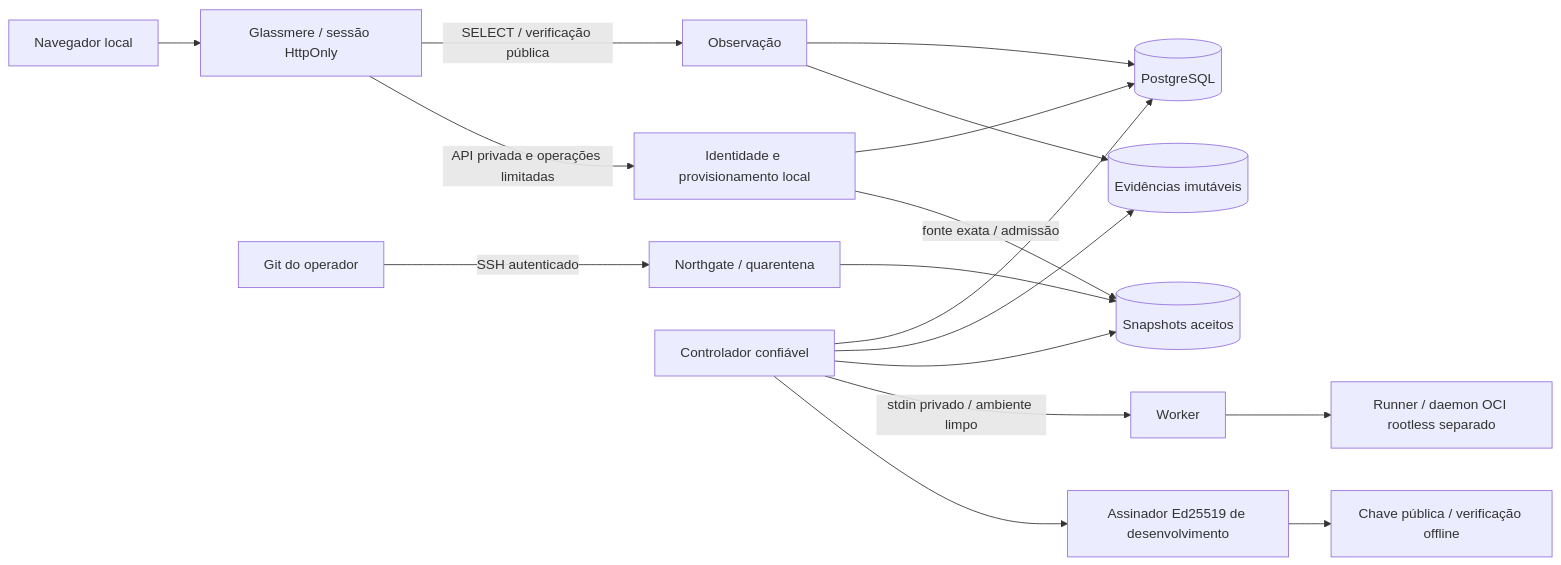
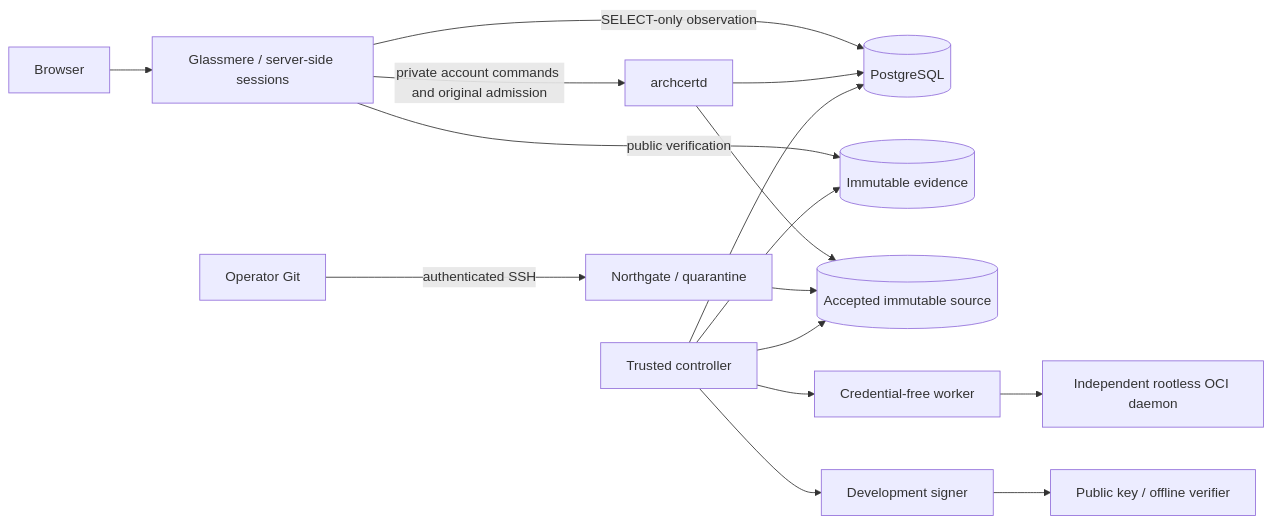
One commit to cainhooow/pv-archcert changed the diagram in README.md. Above: the diagram before and after it, drawn with Mermaid. The commit also changed other lines of this file and 35 other files, not shown here.

````diff
--- a/README.md
+++ b/README.md
@@ -26,19 +21,18 @@
 ```mermaid
 flowchart LR
-    Browser[Navegador local] --> Panel[Glassmere / sessão HttpOnly]
-    Panel -->|SELECT / verificação pública| Read[Observação]
-    Panel -->|API privada e operações limitadas| Local[Identidade e provisionamento local]
-    Local --> PG[(PostgreSQL)]
-    Read --> PG
-    Read --> Objects[(Evidências imutáveis)]
-    Git[Git do operador] -->|SSH autenticado| Northgate[Northgate / quarentena]
-    Northgate --> Sources[(Snapshots aceitos)]
-    Local -->|fonte exata / admissão| Sources
-    Controller[Controlador confiável] --> PG
-    Controller --> Objects
+    Browser --> Glassmere[Glassmere / server-side sessions]
+    Glassmere -->|private account commands and original admission| API[archcertd]
+    Glassmere -->|SELECT-only observation| PG[(PostgreSQL)]
+    Glassmere -->|public verification| Artifacts[(Immutable evidence)]
+    API --> PG
+    API --> Sources[(Accepted immutable source)]
+    Git[Operator Git] -->|authenticated SSH| Northgate[Northgate / quarantine]
+    Northgate --> Sources
+    Controller[Trusted controller] --> PG
     Controller --> Sources
-    Controller -->|stdin privado / ambiente limpo| Worker[Worker]
-    Worker --> Runner[Runner / daemon OCI rootless separado]
-    Controller --> Signer[Assinador Ed25519 de desenvolvimento]
-    Signer --> Public[Chave pública / verificação offline]
+    Controller --> Artifacts
+    Controller --> Worker[Credential-free worker]
+    Worker --> Runner[Independent rootless OCI daemon]
+    Controller --> Signer[Development signer]
+    Signer --> Trust[Public key / offline verifier]
 ```
````
